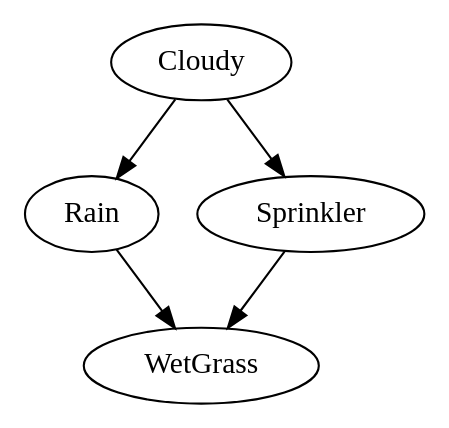
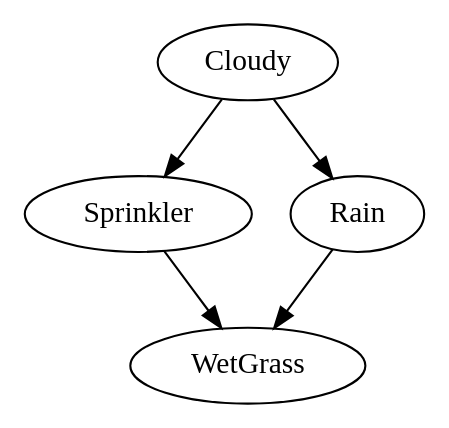
Before and after one commit to artiste-qb-net/quantum-fog: the diagram in examples_cbnets/WetGrass_test1.dot, drawn with Graphviz. The commit also changed other lines of this file and 66 other files, not shown here.

```diff
--- a/examples_cbnets/WetGrass_test1.dot
+++ b/examples_cbnets/WetGrass_test1.dot
@@ -1,10 +1,10 @@
 strict digraph G {
+Sprinkler;
+Cloudy;
+WetGrass;
 Rain;
-Sprinkler;
-WetGrass;
-Cloudy;
+Sprinkler -> WetGrass;
+Cloudy -> Sprinkler;
+Cloudy -> Rain;
 Rain -> WetGrass;
-Sprinkler -> WetGrass;
-Cloudy -> Rain;
-Cloudy -> Sprinkler;
 }
```
